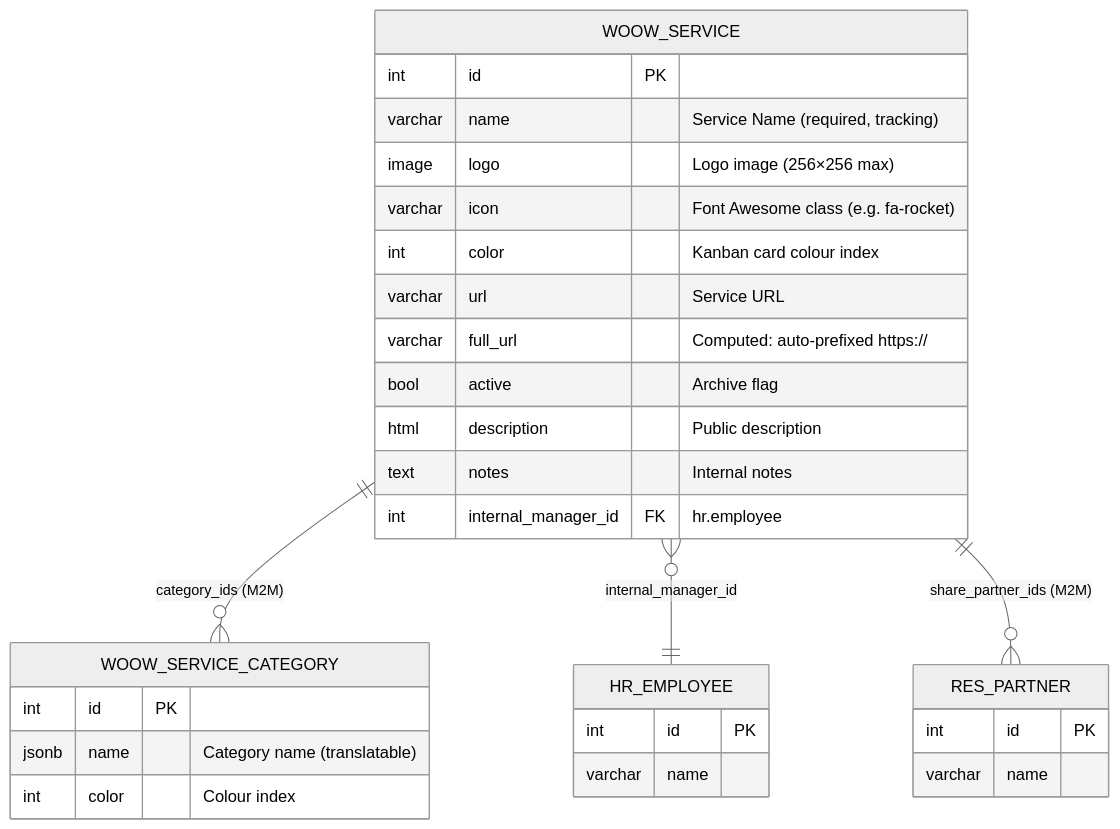
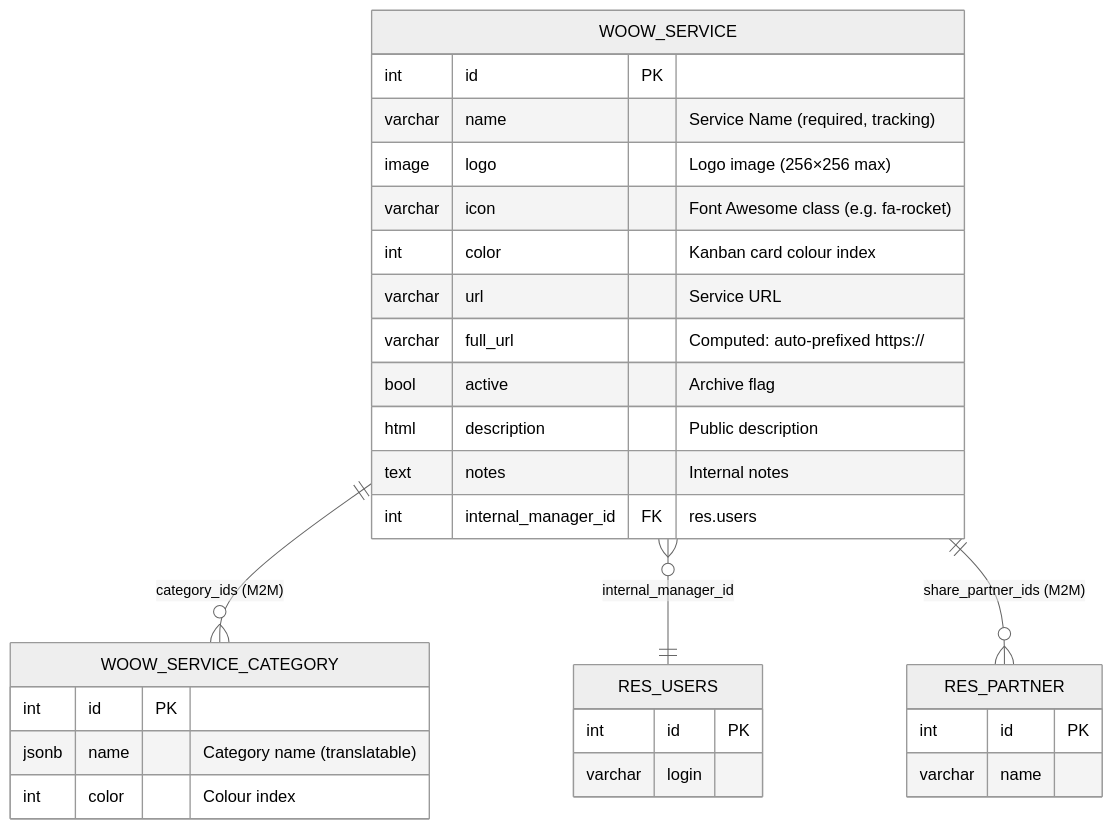
The first of 3 diagrams in README.md (WOOWTECH/Woow_odoo_saas_management), drawn with Mermaid (neutral theme) before and after one commit. The commit also changed other lines of this file and 9 other files, not shown here.

````diff
--- a/README.md
+++ b/README.md
@@ -124,36 +124,36 @@
 ```mermaid
 erDiagram
     WOOW_SERVICE {
         int id PK
         varchar name "Service Name (required, tracking)"
         image logo "Logo image (256×256 max)"
         varchar icon "Font Awesome class (e.g. fa-rocket)"
         int color "Kanban card colour index"
         varchar url "Service URL"
         varchar full_url "Computed: auto-prefixed https://"
         bool active "Archive flag"
         html description "Public description"
         text notes "Internal notes"
-        int internal_manager_id FK "hr.employee"
+        int internal_manager_id FK "res.users"
     }
 
     WOOW_SERVICE_CATEGORY {
         int id PK
         jsonb name "Category name (translatable)"
         int color "Colour index"
     }
 
-    HR_EMPLOYEE {
+    RES_USERS {
         int id PK
-        varchar name
+        varchar login
     }
 
     RES_PARTNER {
         int id PK
         varchar name
     }
 
     WOOW_SERVICE ||--o{ WOOW_SERVICE_CATEGORY : "category_ids (M2M)"
-    WOOW_SERVICE }o--|| HR_EMPLOYEE : "internal_manager_id"
+    WOOW_SERVICE }o--|| RES_USERS : "internal_manager_id"
     WOOW_SERVICE ||--o{ RES_PARTNER : "share_partner_ids (M2M)"
 ```
````
